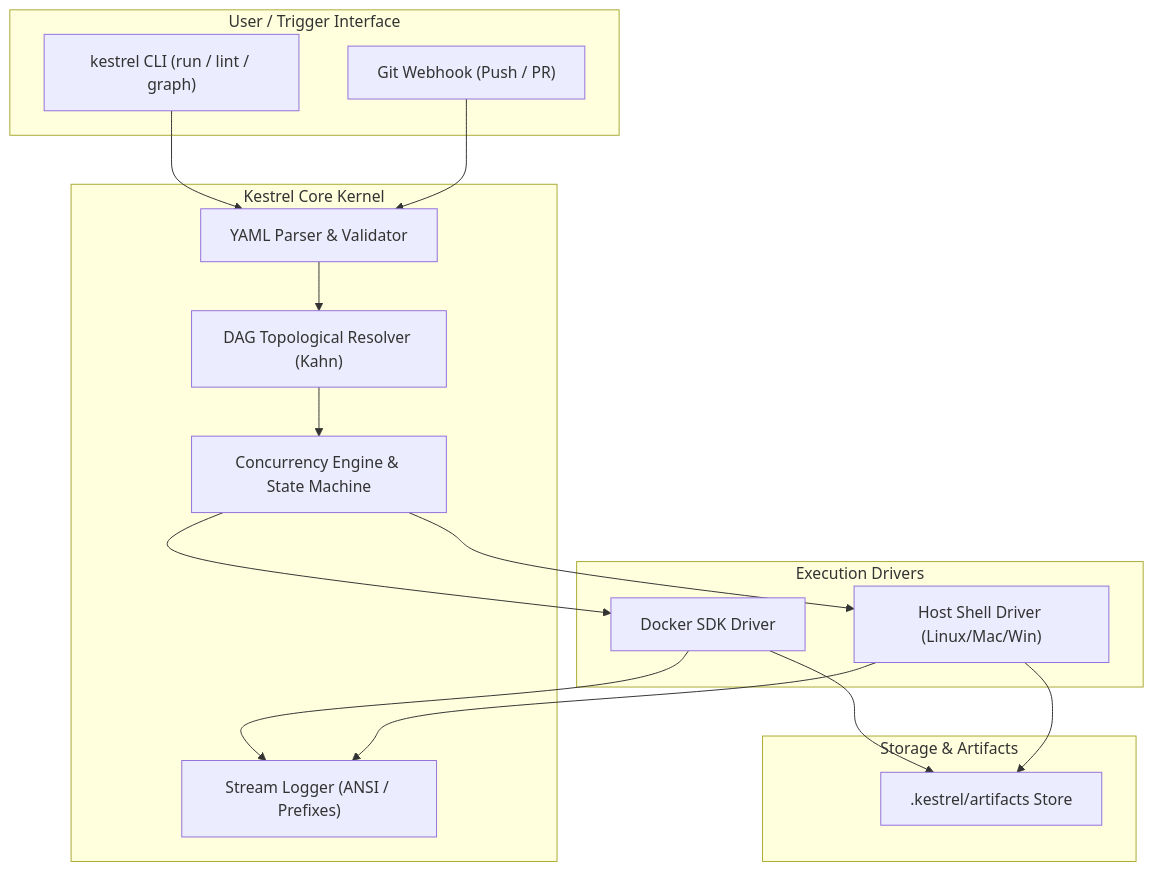
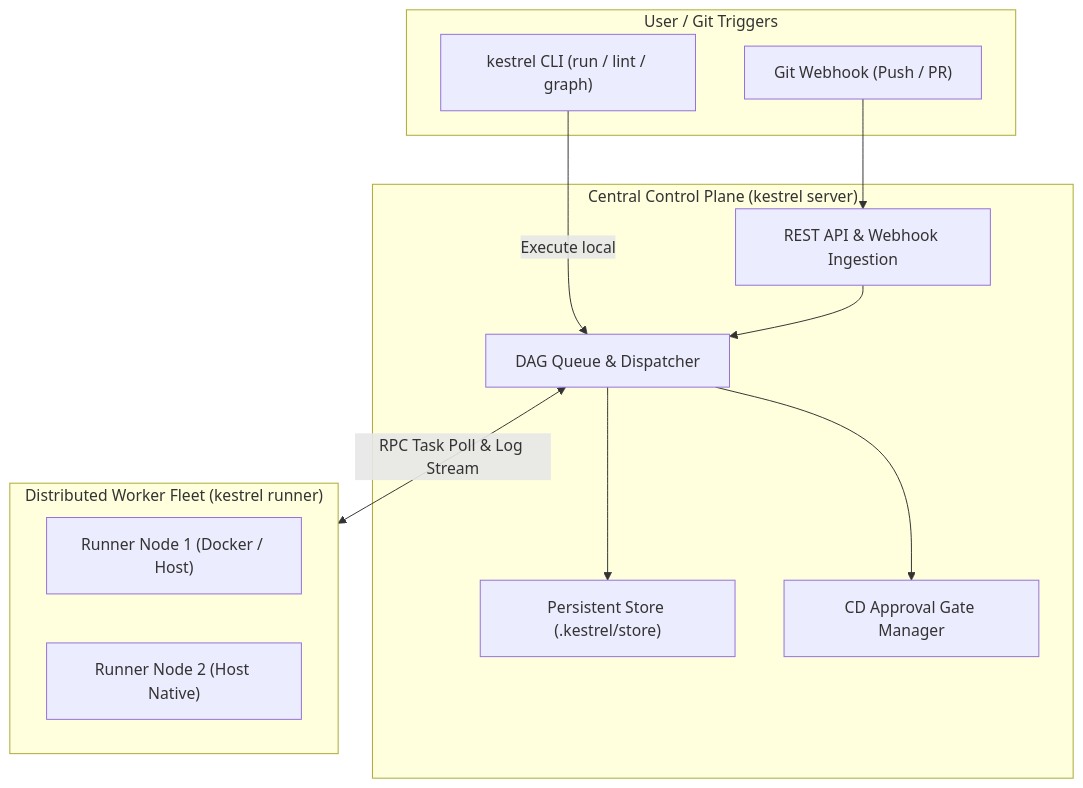
Before and after one commit to glorch/Kestrel: the diagram in README.md, drawn with Mermaid. The commit also changed other lines of this file and 2 other files, not shown here.

````diff
--- a/README.md
+++ b/README.md
@@ -47,34 +56,26 @@
 ```mermaid
-flowchart TD
-    subgraph UI ["User / Trigger Interface"]
+flowchart TB
+    subgraph Users ["User / Git Triggers"]
         CLI["kestrel CLI (run / lint / graph)"]
         Webhook["Git Webhook (Push / PR)"]
     end
 
-    subgraph Core ["Kestrel Core Kernel"]
-        Parser["YAML Parser & Validator"]
-        DAG["DAG Topological Resolver (Kahn)"]
-        Engine["Concurrency Engine & State Machine"]
-        Logger["Stream Logger (ANSI / Prefixes)"]
+    subgraph ControlPlane ["Central Control Plane (kestrel server)"]
+        API["REST API & Webhook Ingestion"]
+        Scheduler["DAG Queue & Dispatcher"]
+        Store["Persistent Store (.kestrel/store)"]
+        GateMgr["CD Approval Gate Manager"]
     end
 
-    subgraph Drivers ["Execution Drivers"]
-        Docker["Docker SDK Driver"]
-        Host["Host Shell Driver (Linux/Mac/Win)"]
+    subgraph Workers ["Distributed Worker Fleet (kestrel runner)"]
+        Runner1["Runner Node 1 (Docker / Host)"]
+        Runner2["Runner Node 2 (Host Native)"]
     end
 
-    subgraph Output ["Storage & Artifacts"]
-        Artifacts[".kestrel/artifacts Store"]
-    end
-
-    CLI --> Parser
-    Webhook --> Parser
-    Parser --> DAG
-    DAG --> Engine
-    Engine --> Docker
-    Engine --> Host
-    Docker --> Logger
-    Host --> Logger
-    Docker --> Artifacts
-    Host --> Artifacts
+    CLI -->|Execute local| Scheduler
+    Webhook --> API
+    API --> Scheduler
+    Scheduler --> Store
+    Scheduler --> GateMgr
+    Scheduler <-->|RPC Task Poll & Log Stream| Workers
 ```
````
